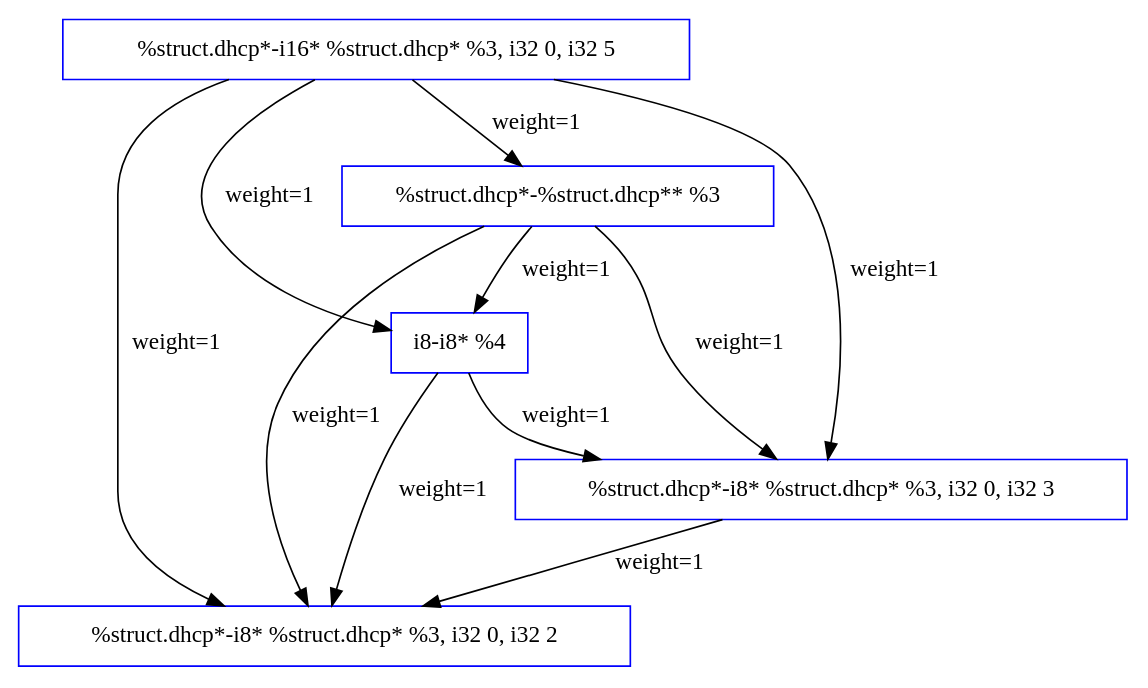
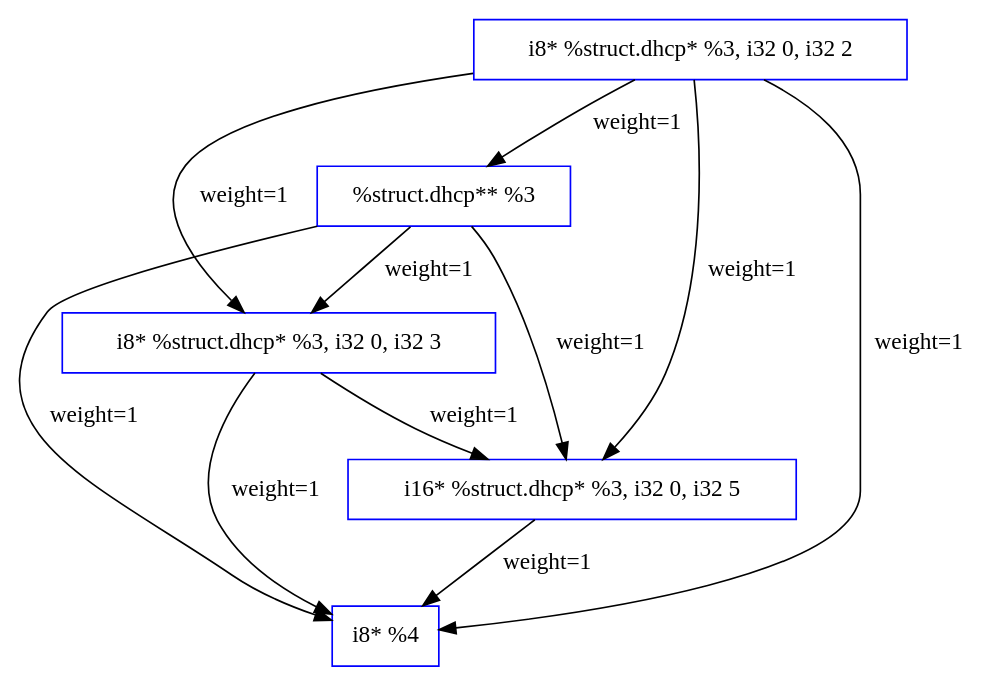
Before and after one commit to albaq77/GenerateDFG: the diagram in input/lwip/dhcp_set_state_variable_access_graph.dot, drawn with Graphviz. The commit also changed 187 other files, not shown here.

```diff
--- a/input/lwip/dhcp_set_state_variable_access_graph.dot
+++ b/input/lwip/dhcp_set_state_variable_access_graph.dot
@@ -1,17 +1,17 @@
 strict digraph dhcp_set_state {
-  1 [label="%struct.dhcp*-%struct.dhcp** %3", size=104, color=blue, shape=record];
-  2 [label="%struct.dhcp*-i16* %struct.dhcp* %3, i32 0, i32 5", size=2, color=blue, shape=record];
-  3 [label="%struct.dhcp*-i8* %struct.dhcp* %3, i32 0, i32 2", size=1, color=blue, shape=record];
-  4 [label="%struct.dhcp*-i8* %struct.dhcp* %3, i32 0, i32 3", size=1, color=blue, shape=record];
-  5 [label="i8-i8* %4", size=1, color=blue, shape=record];
+  1 [label="%struct.dhcp** %3", size=104, color=blue, shape=record];
+  2 [label="i16* %struct.dhcp* %3, i32 0, i32 5", size=2, color=blue, shape=record];
+  3 [label="i8* %4", size=1, color=blue, shape=record];
+  4 [label="i8* %struct.dhcp* %3, i32 0, i32 2", size=1, color=blue, shape=record];
+  5 [label="i8* %struct.dhcp* %3, i32 0, i32 3", size=1, color=blue, shape=record];
+  1 -> 3 [label="weight=1", weight="1"];
+  4 -> 1 [label="weight=1", weight="1"];
+  4 -> 3 [label="weight=1", weight="1"];
   1 -> 5 [label="weight=1", weight="1"];
-  1 -> 3 [label="weight=1", weight="1"];
   5 -> 3 [label="weight=1", weight="1"];
-  1 -> 4 [label="weight=1", weight="1"];
-  5 -> 4 [label="weight=1", weight="1"];
-  4 -> 3 [label="weight=1", weight="1"];
-  2 -> 1 [label="weight=1", weight="1"];
-  2 -> 5 [label="weight=1", weight="1"];
+  4 -> 5 [label="weight=1", weight="1"];
+  1 -> 2 [label="weight=1", weight="1"];
   2 -> 3 [label="weight=1", weight="1"];
-  2 -> 4 [label="weight=1", weight="1"];
+  4 -> 2 [label="weight=1", weight="1"];
+  5 -> 2 [label="weight=1", weight="1"];
 }
```
